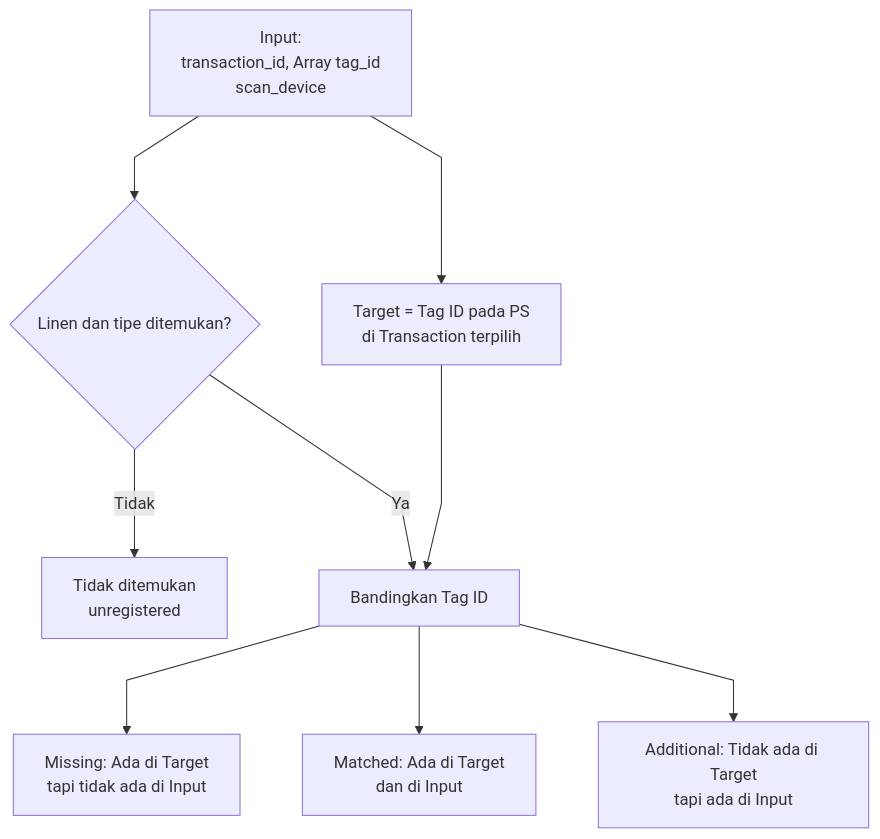
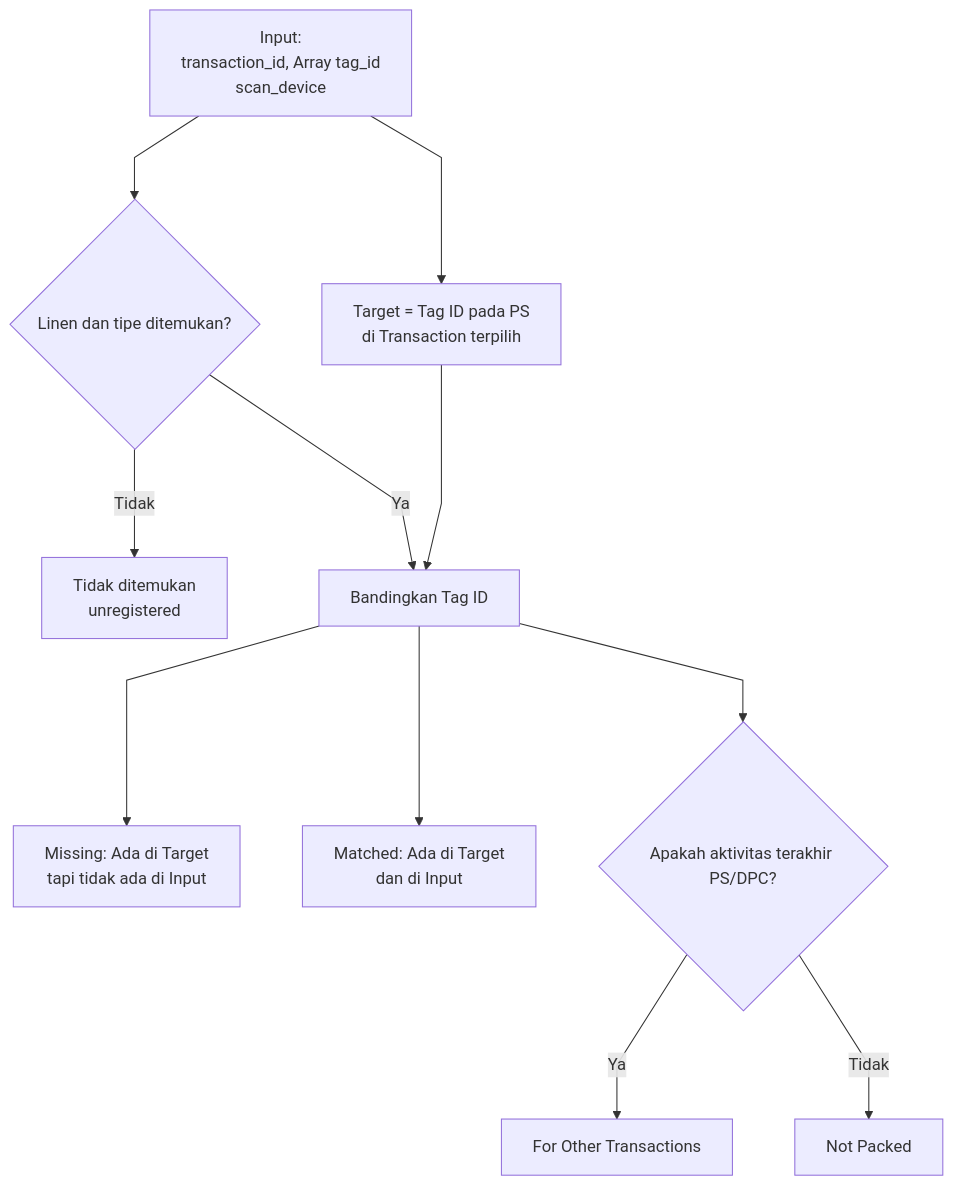
The second of 3 diagrams in laundry-activities/incoming-clean.md (bagaskrmn/bac-flow-laundry), drawn with Mermaid before and after one commit. The commit also changed 1 other file, not shown here.

Commit message:
fix DPC dan IC

````diff
--- a/laundry-activities/incoming-clean.md
+++ b/laundry-activities/incoming-clean.md
@@ -12,16 +12,20 @@
 ```mermaid
 %%{init: {'flowchart': {'curve': 'linear', 'nodeSpacing': 60, 'rankSpacing': 80, 'diagramPadding': 24}}}%%
 flowchart TD
     N_IN["Input:<br/>transaction_id, Array tag_id<br/>scan_device"]
     N_IN --> N_MASTER{"Linen dan tipe ditemukan?"}
     N_MASTER -->|Tidak| N_UNREG["Tidak ditemukan<br/>unregistered"]
 
     N_IN --> N_OSS["Target = Tag ID pada PS<br/>di Transaction terpilih"]
     N_MASTER -->|Ya| N_COMP["Bandingkan Tag ID"]
     N_OSS --> N_COMP
 
     N_COMP -->N_MS["Missing: Ada di Target<br/>tapi tidak ada di Input"]
     N_COMP -->N_MATCH["Matched: Ada di Target<br/>dan di Input"]
-    N_COMP -->N_ADD["Additional: Tidak ada di Target<br/>tapi ada di Input"]
+    N_COMP -->N_PS{"Apakah aktivitas terakhir PS/DPC?"}
+    N_PS -->|Ya| N_LASTPS["For Other Transactions"]
+    N_PS -->|Tidak| N_LASTNOTPS["Not Packed"]
+
+    class N_PS,N_LASTPS,N_LASTNOTPS danger
 
 ```
````
